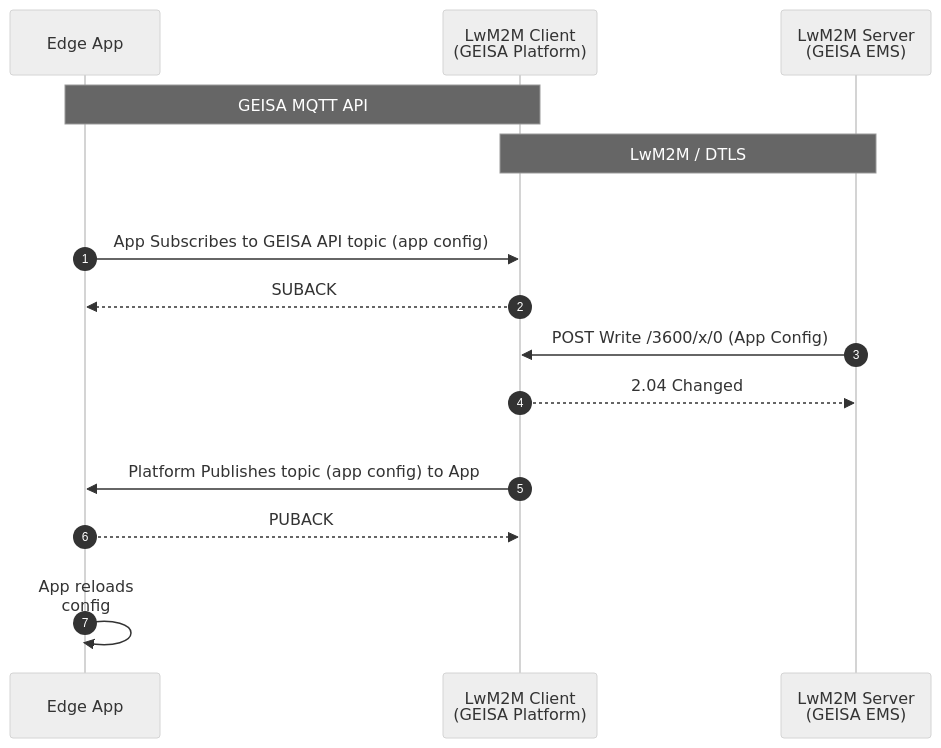
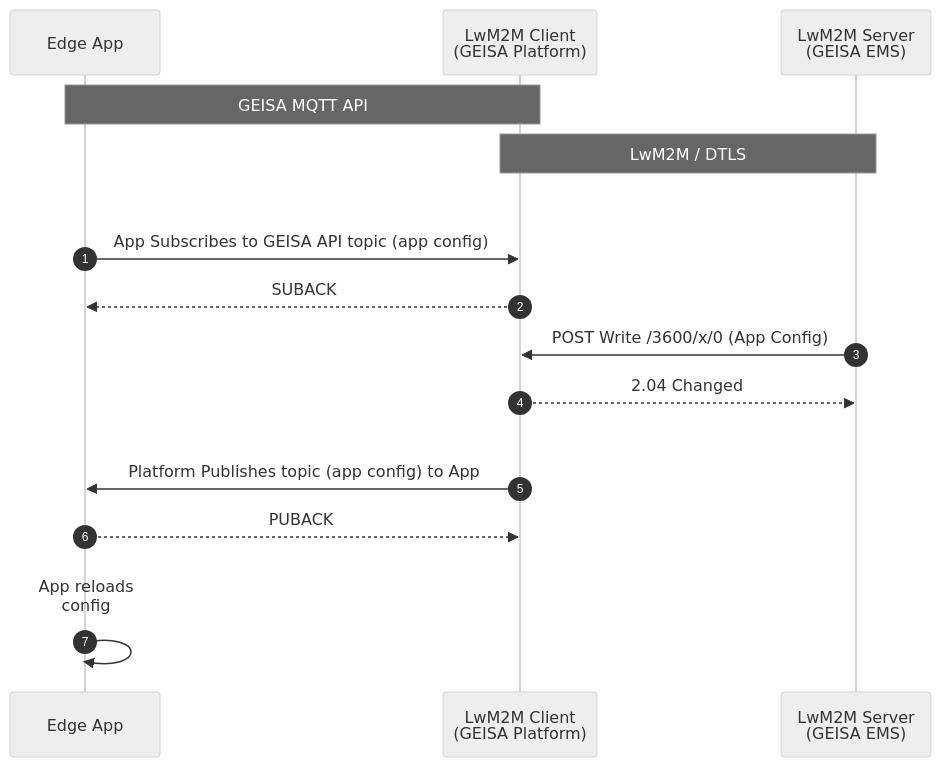
One commit to geisa/specification changed the diagram in source/adm/app-messaging-config.mermaid. Above: the diagram before and after it, drawn with Mermaid.

```diff
--- a/source/adm/app-messaging-config.mermaid
+++ b/source/adm/app-messaging-config.mermaid
@@ -1,35 +1,35 @@
 ---
 config:
   look: classic
   theme: neutral
 ---
 
 %%
 %%  Copyright 2025, Contributors to the Grid Edge Interoperability & Security Alliance (GEISA) a Series of LF Projects, LLC  
 %%  This file is licensed under the Community Specification License 1.0 available at:
 %%  https://github.com/geisa/specification/blob/main/LICENSE.md or
 %%  https://github.com/CommunitySpecification/Community_Specification/blob/main/1._Community_Specification_License-v1.md
 %%
 %%
 
 %%{init: { 'sequence': { 'actorMargin': 40 } } }%%
 
 sequenceDiagram
     autonumber
     participant A as Edge App
     participant C as LwM2M Client<br/>(GEISA Platform)
     participant S as LwM2M Server<br/>(GEISA EMS)
 
     Note over A,C: GEISA MQTT API
     Note over C,S: LwM2M / DTLS
 
     A->>C: <br/><br/>App Subscribes to GEISA API topic (app config)
     C-->>A: SUBACK
 
     S->>C: POST Write /3600/x/0 (App Config)
     C-->>S: 2.04 Changed
     
     C->>A: <br/><br/>Platform Publishes topic (app config) to App
     A-->>C: PUBACK
 
-    A->>A: <br/>App reloads <br/>config
+    A->>A: <br/>App reloads <br/>config<br/>
```
